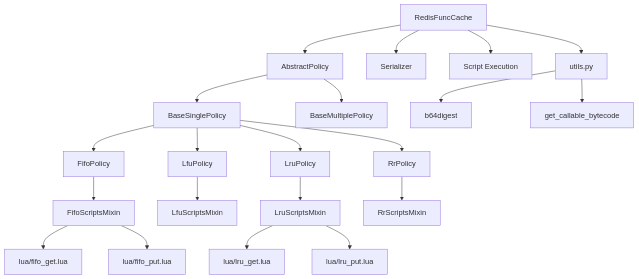
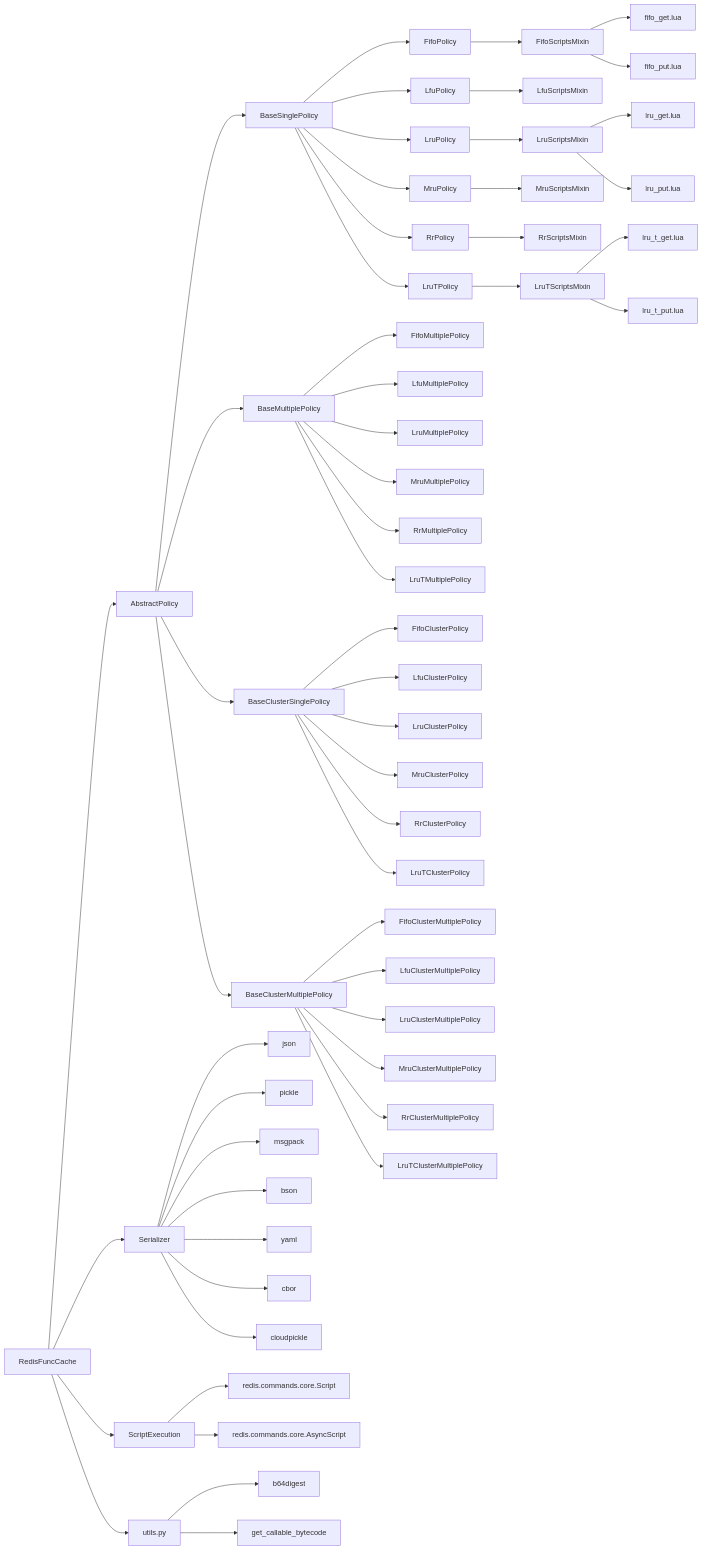
One commit to tanbro/redis_func_cache changed the third of 8 diagrams in README.md. Above: the diagram before and after it, drawn with Mermaid. The commit also changed other lines of this file, not shown here.

Commit message:
docs(readme): update class diagram in README.md
- Redraw class diagram using Mermaid.js syntax
- Add new classes and relationships
- Improve readability and organization of the diagram

````diff
--- a/README.md
+++ b/README.md
@@ -1083,23 +1083,58 @@
 ```mermaid
-graph TD
-    A[RedisFuncCache] --> B[AbstractPolicy]
-    A --> C[Serializer]
-    A --> D[Script Execution]
-    B --> E[BaseSinglePolicy]
-    B --> F[BaseMultiplePolicy]
-    E --> G[FifoPolicy]
-    E --> H[LfuPolicy]
-    E --> I[LruPolicy]
-    E --> J[RrPolicy]
-    G --> K[FifoScriptsMixin]
-    H --> L[LfuScriptsMixin]
-    I --> M[LruScriptsMixin]
-    J --> N[RrScriptsMixin]
-    K --> O[lua/fifo_get.lua]
-    K --> P[lua/fifo_put.lua]
-    M --> Q[lua/lru_get.lua]
-    M --> R[lua/lru_put.lua]
-    A --> S[utils.py]
-    S --> T[b64digest]
-    S --> U[get_callable_bytecode]
+graph LR
+    RedisFuncCache --> AbstractPolicy
+    RedisFuncCache --> Serializer
+    RedisFuncCache --> ScriptExecution
+    AbstractPolicy --> BaseSinglePolicy
+    AbstractPolicy --> BaseMultiplePolicy
+    AbstractPolicy --> BaseClusterSinglePolicy
+    AbstractPolicy --> BaseClusterMultiplePolicy
+    BaseSinglePolicy --> FifoPolicy
+    BaseSinglePolicy --> LfuPolicy
+    BaseSinglePolicy --> LruPolicy
+    BaseSinglePolicy --> MruPolicy
+    BaseSinglePolicy --> RrPolicy
+    BaseSinglePolicy --> LruTPolicy
+    BaseMultiplePolicy --> FifoMultiplePolicy
+    BaseMultiplePolicy --> LfuMultiplePolicy
+    BaseMultiplePolicy --> LruMultiplePolicy
+    BaseMultiplePolicy --> MruMultiplePolicy
+    BaseMultiplePolicy --> RrMultiplePolicy
+    BaseMultiplePolicy --> LruTMultiplePolicy
+    BaseClusterSinglePolicy --> FifoClusterPolicy
+    BaseClusterSinglePolicy --> LfuClusterPolicy
+    BaseClusterSinglePolicy --> LruClusterPolicy
+    BaseClusterSinglePolicy --> MruClusterPolicy
+    BaseClusterSinglePolicy --> RrClusterPolicy
+    BaseClusterSinglePolicy --> LruTClusterPolicy
+    BaseClusterMultiplePolicy --> FifoClusterMultiplePolicy
+    BaseClusterMultiplePolicy --> LfuClusterMultiplePolicy
+    BaseClusterMultiplePolicy --> LruClusterMultiplePolicy
+    BaseClusterMultiplePolicy --> MruClusterMultiplePolicy
+    BaseClusterMultiplePolicy --> RrClusterMultiplePolicy
+    BaseClusterMultiplePolicy --> LruTClusterMultiplePolicy
+    FifoPolicy --> FifoScriptsMixin
+    LfuPolicy --> LfuScriptsMixin
+    LruPolicy --> LruScriptsMixin
+    MruPolicy --> MruScriptsMixin
+    RrPolicy --> RrScriptsMixin
+    LruTPolicy --> LruTScriptsMixin
+    FifoScriptsMixin --> fifo_get.lua
+    FifoScriptsMixin --> fifo_put.lua
+    LruScriptsMixin --> lru_get.lua
+    LruScriptsMixin --> lru_put.lua
+    LruTScriptsMixin --> lru_t_get.lua
+    LruTScriptsMixin --> lru_t_put.lua
+    Serializer --> json
+    Serializer --> pickle
+    Serializer --> msgpack
+    Serializer --> bson
+    Serializer --> yaml
+    Serializer --> cbor
+    Serializer --> cloudpickle
+    ScriptExecution --> redis.commands.core.Script
+    ScriptExecution --> redis.commands.core.AsyncScript
+    RedisFuncCache --> utils.py
+    utils.py --> b64digest
+    utils.py --> get_callable_bytecode
 ```
````
